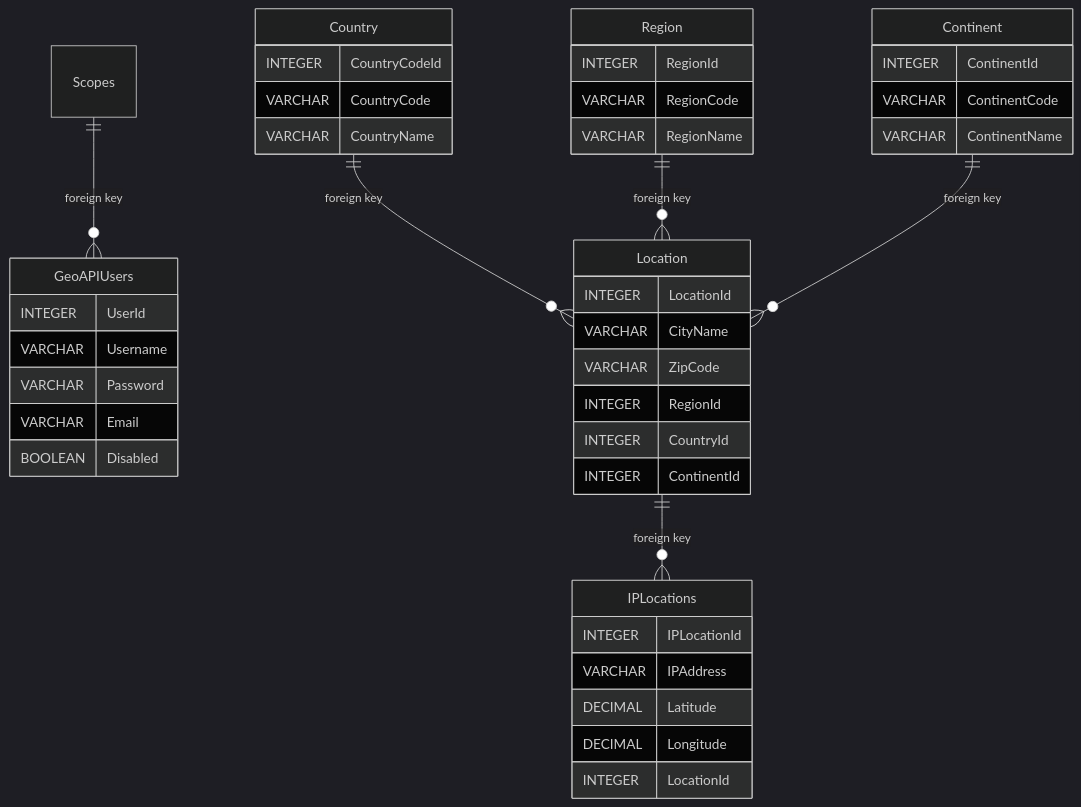
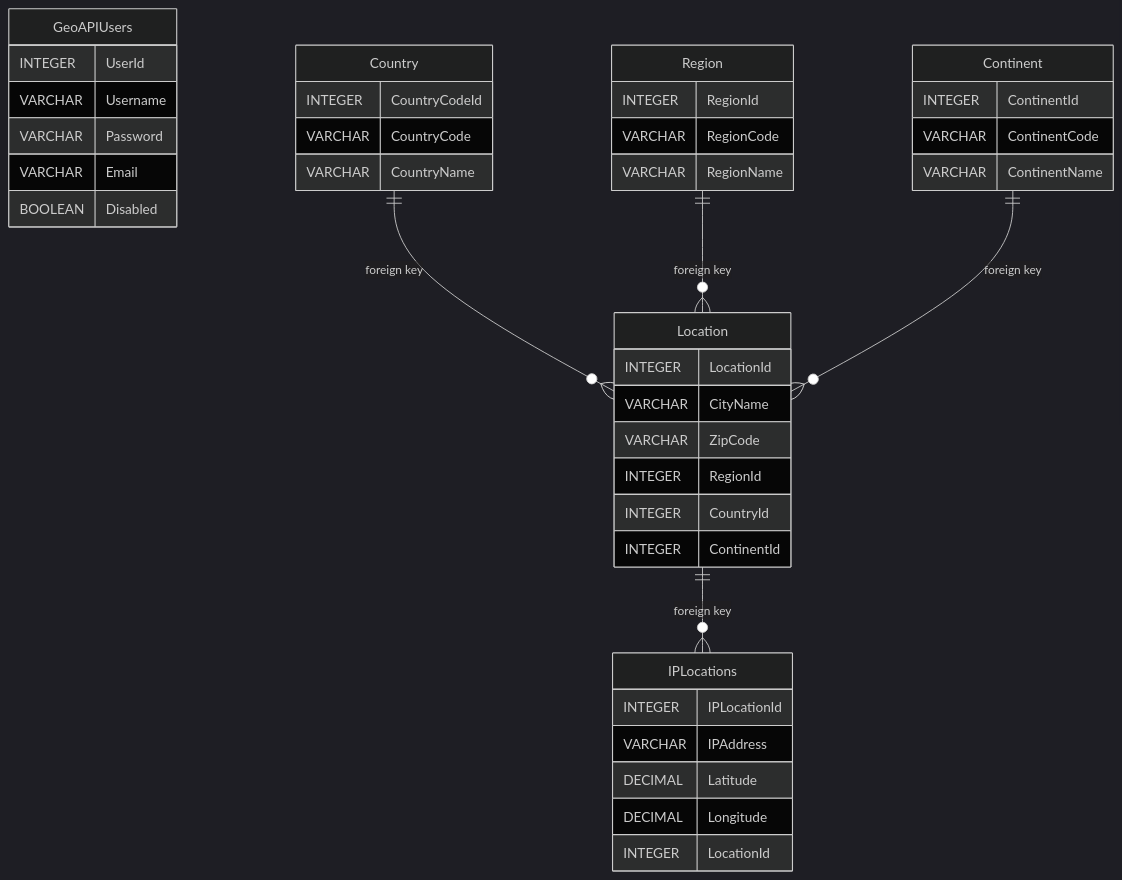
The diagram in README.md (R4tZz/geoip_api), drawn with Mermaid (dark theme) before and after one commit.

Commit message:
fixed db link on readme

````diff
--- a/README.md
+++ b/README.md
@@ -96,51 +96,50 @@
 ```mermaid
 erDiagram
     GeoAPIUsers {
         INTEGER UserId
         VARCHAR Username
         VARCHAR Password
         VARCHAR Email
         BOOLEAN Disabled
     }
 
     IPLocations {
         INTEGER IPLocationId
         VARCHAR IPAddress
         DECIMAL Latitude
         DECIMAL Longitude
         INTEGER LocationId
     }
 
     Continent {
         INTEGER ContinentId
         VARCHAR ContinentCode
         VARCHAR ContinentName
     }
 
     Country {
         INTEGER CountryCodeId
         VARCHAR CountryCode
         VARCHAR CountryName
     }
 
     Region {
         INTEGER RegionId
         VARCHAR RegionCode
         VARCHAR RegionName
     }
 
     Location {
         INTEGER LocationId
         VARCHAR CityName
         VARCHAR ZipCode
         INTEGER RegionId
         INTEGER CountryId
         INTEGER ContinentId
     }
 
-    Scopes||--o{  GeoAPIUsers : "foreign key"
     Country||--o{  Location : "foreign key"
     Region ||--o{ Location : "foreign key"
     Continent ||--o{ Location : "foreign key"
     Location ||--o{ IPLocations : "foreign key"
 ```
````
